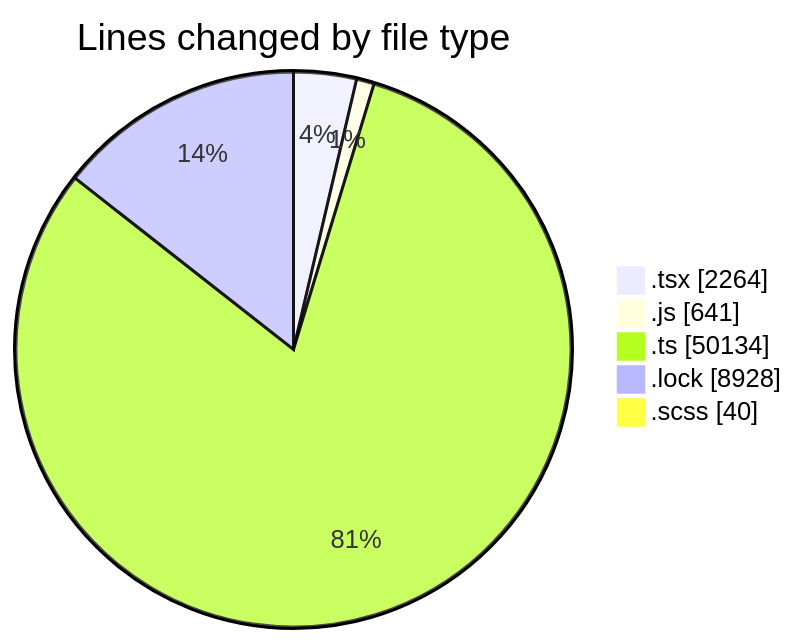
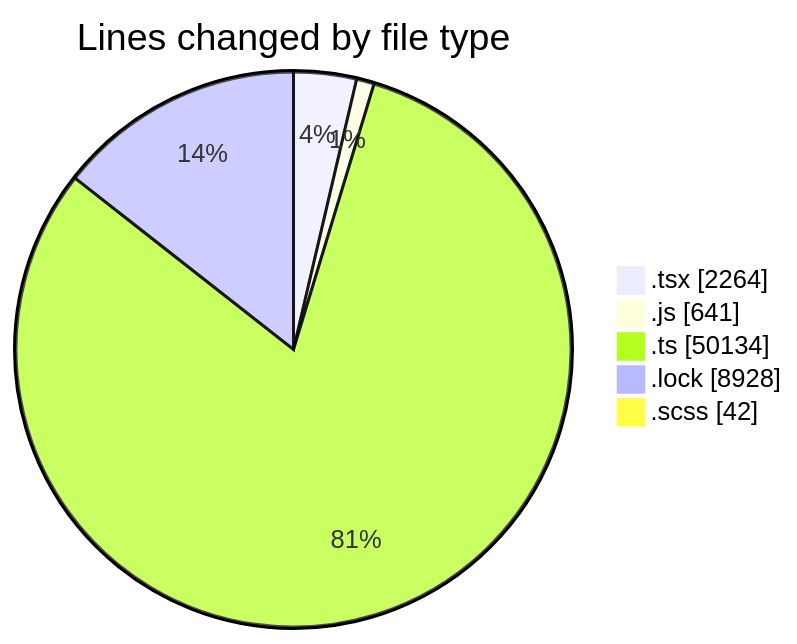
One commit to momahboobian/code-tracking changed the first of 2 diagrams in 2026-09-16/cda/README.md. Above: the diagram before and after it, drawn with Mermaid. The commit also changed other lines of this file and 1 other file, not shown here.

````diff
--- a/2026-09-16/cda/README.md
+++ b/2026-09-16/cda/README.md
@@ -56,9 +56,9 @@
 ```mermaid
 pie showData
 title Lines changed by file type
 ".tsx" : 2264
 ".js" : 641
 ".ts" : 50134
 ".lock" : 8928
-".scss" : 40
+".scss" : 42
 ```
````
